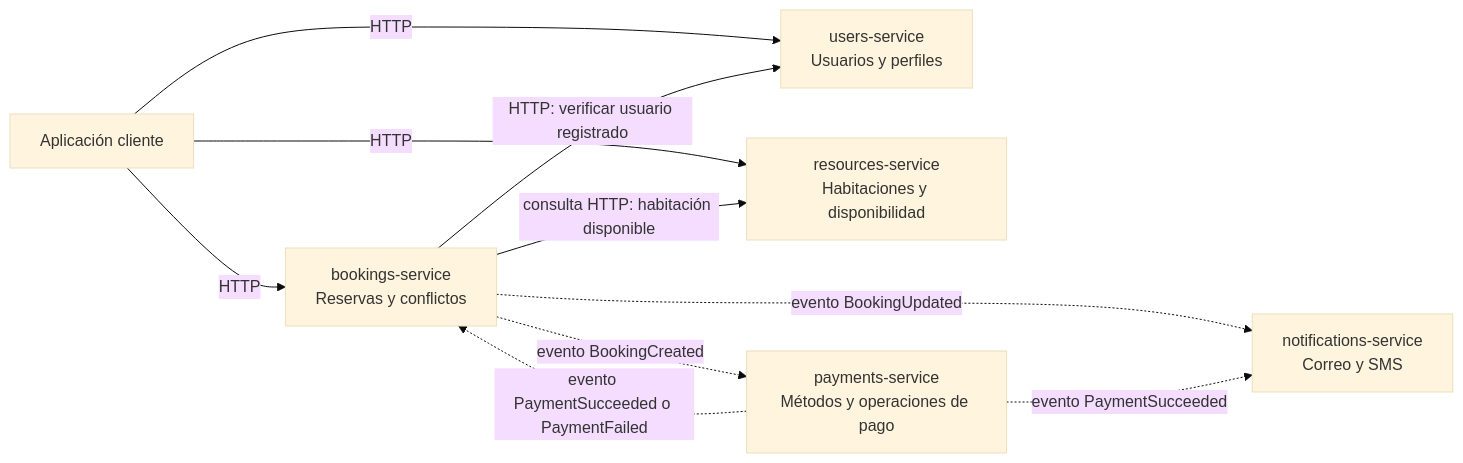
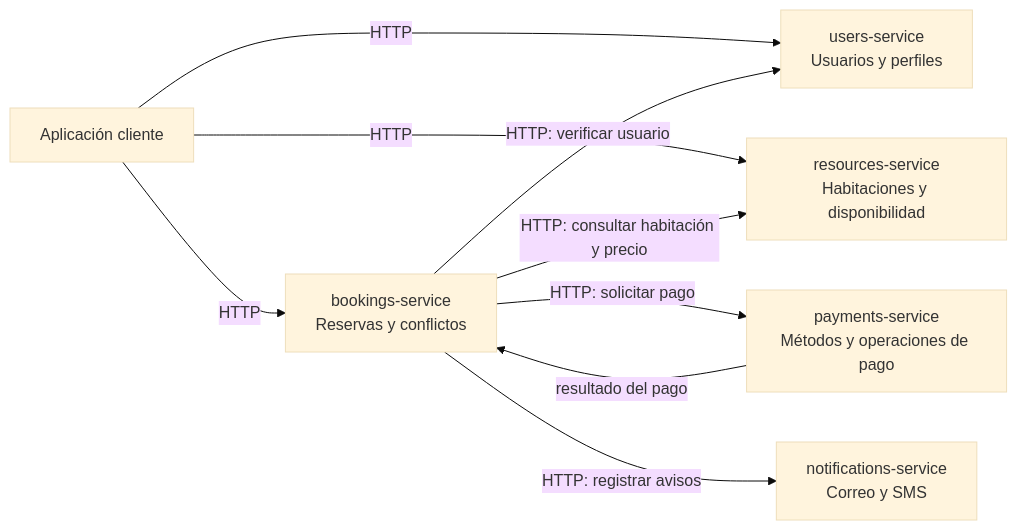
The diagram in docs/architecture.md (co12bg-design/microservicios_activity), drawn with Mermaid (base theme) before and after one commit. The commit also changed other lines of this file and 53 other files, not shown here.

````diff
--- a/docs/architecture.md
+++ b/docs/architecture.md
@@ -5,19 +5,18 @@
 ```mermaid
 flowchart LR
     Client[Aplicación cliente]
     Users[users-service\nUsuarios y perfiles]
     Resources[resources-service\nHabitaciones y disponibilidad]
     Bookings[bookings-service\nReservas y conflictos]
     Payments[payments-service\nMétodos y operaciones de pago]
     Notifications[notifications-service\nCorreo y SMS]
 
     Client -->|HTTP| Users
     Client -->|HTTP| Resources
     Client -->|HTTP| Bookings
-    Bookings -->|HTTP: verificar usuario registrado| Users
-    Bookings -->|consulta HTTP: habitación disponible| Resources
-    Bookings -.->|evento BookingCreated| Payments
-    Payments -.->|evento PaymentSucceeded o PaymentFailed| Bookings
-    Bookings -.->|evento BookingUpdated| Notifications
-    Payments -.->|evento PaymentSucceeded| Notifications
+    Bookings -->|HTTP: verificar usuario| Users
+    Bookings -->|HTTP: consultar habitación y precio| Resources
+    Bookings -->|HTTP: solicitar pago| Payments
+    Payments -->|resultado del pago| Bookings
+    Bookings -->|HTTP: registrar avisos| Notifications
 ```
````
